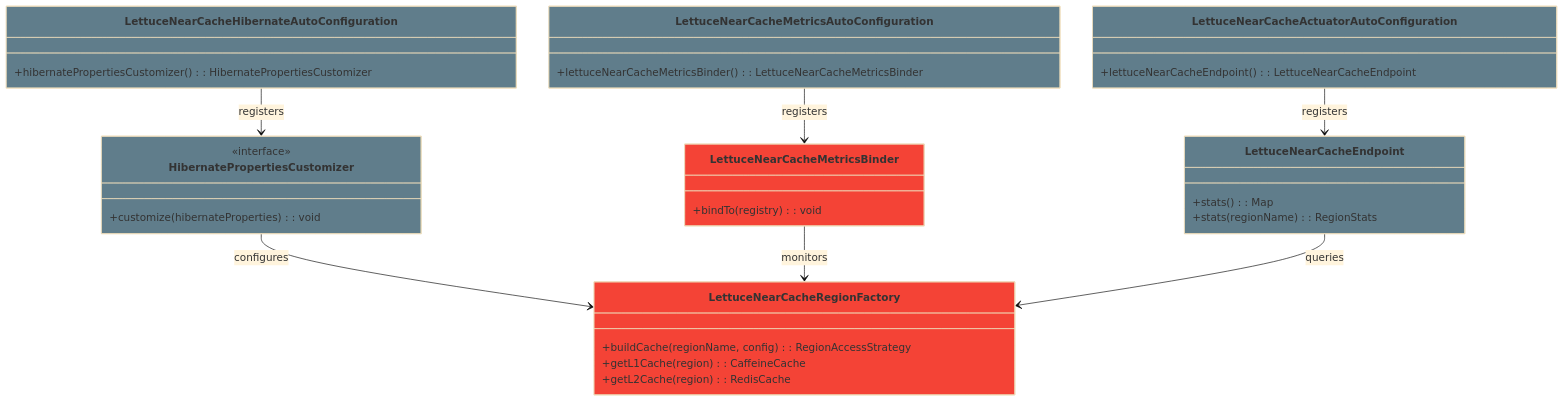
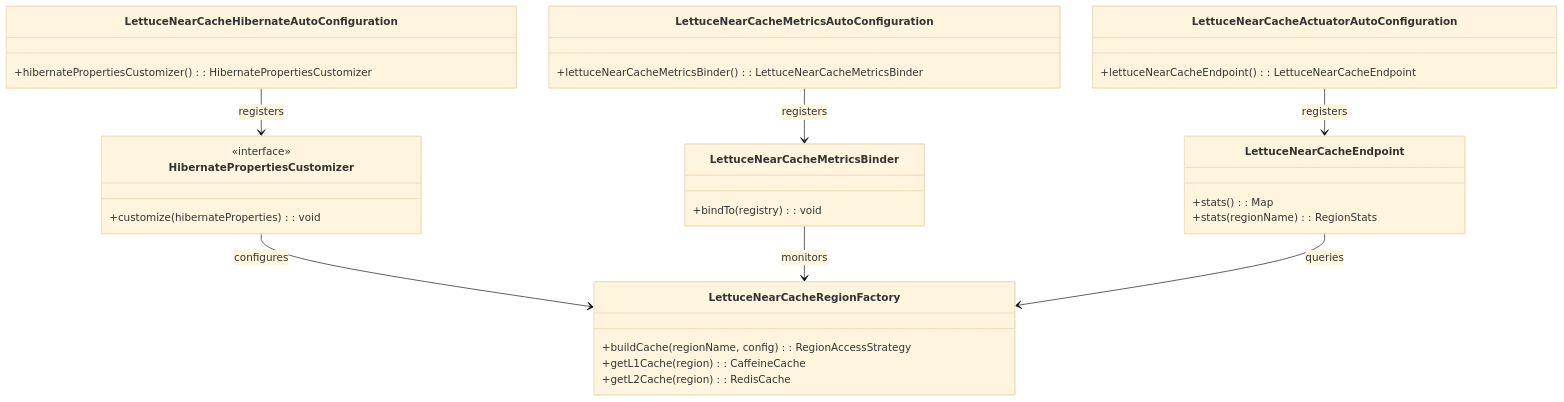
Before and after one commit to bluetape4k/bluetape4k-projects: the first of 2 diagrams in spring-boot3/hibernate-lettuce/README.md, drawn with Mermaid (base theme). The commit also changed 95 other files, not shown here.

First line of the commit message:
docs: Mermaid 파서 오류 전체 수정 (IntelliJ IDEA 호환)

````diff
--- a/spring-boot3/hibernate-lettuce/README.md
+++ b/spring-boot3/hibernate-lettuce/README.md
@@ -9,41 +9,35 @@
 ```mermaid
 classDiagram
-    class LettuceNearCacheHibernateAutoConfiguration:::configStyle {
+    class LettuceNearCacheHibernateAutoConfiguration {
         +hibernatePropertiesCustomizer(): HibernatePropertiesCustomizer
     }
-    class LettuceNearCacheMetricsAutoConfiguration:::configStyle {
+    class LettuceNearCacheMetricsAutoConfiguration {
         +lettuceNearCacheMetricsBinder(): LettuceNearCacheMetricsBinder
     }
-    class LettuceNearCacheActuatorAutoConfiguration:::configStyle {
+    class LettuceNearCacheActuatorAutoConfiguration {
         +lettuceNearCacheEndpoint(): LettuceNearCacheEndpoint
     }
-    class HibernatePropertiesCustomizer:::configStyle {
+    class HibernatePropertiesCustomizer {
         <<interface>>
         +customize(hibernateProperties): void
     }
-    class LettuceNearCacheRegionFactory:::cacheStyle {
+    class LettuceNearCacheRegionFactory {
         +buildCache(regionName, config): RegionAccessStrategy
         +getL1Cache(region): CaffeineCache
         +getL2Cache(region): RedisCache
     }
-    class LettuceNearCacheMetricsBinder:::cacheStyle {
+    class LettuceNearCacheMetricsBinder {
         +bindTo(registry): void
     }
-    class LettuceNearCacheEndpoint:::configStyle {
+    class LettuceNearCacheEndpoint {
         +stats(): Map
         +stats(regionName): RegionStats
     }
-    classDef controllerStyle fill:#2196F3
-    classDef serviceStyle fill:#4CAF50
-    classDef repoStyle fill:#9C27B0
-    classDef entityStyle fill:#FF9800
-    classDef configStyle fill:#607D8B
-    classDef cacheStyle fill:#F44336
 
     LettuceNearCacheHibernateAutoConfiguration --> HibernatePropertiesCustomizer : registers
     HibernatePropertiesCustomizer --> LettuceNearCacheRegionFactory : configures
     LettuceNearCacheMetricsAutoConfiguration --> LettuceNearCacheMetricsBinder : registers
     LettuceNearCacheActuatorAutoConfiguration --> LettuceNearCacheEndpoint : registers
     LettuceNearCacheMetricsBinder --> LettuceNearCacheRegionFactory : monitors
     LettuceNearCacheEndpoint --> LettuceNearCacheRegionFactory : queries
 ```
````
